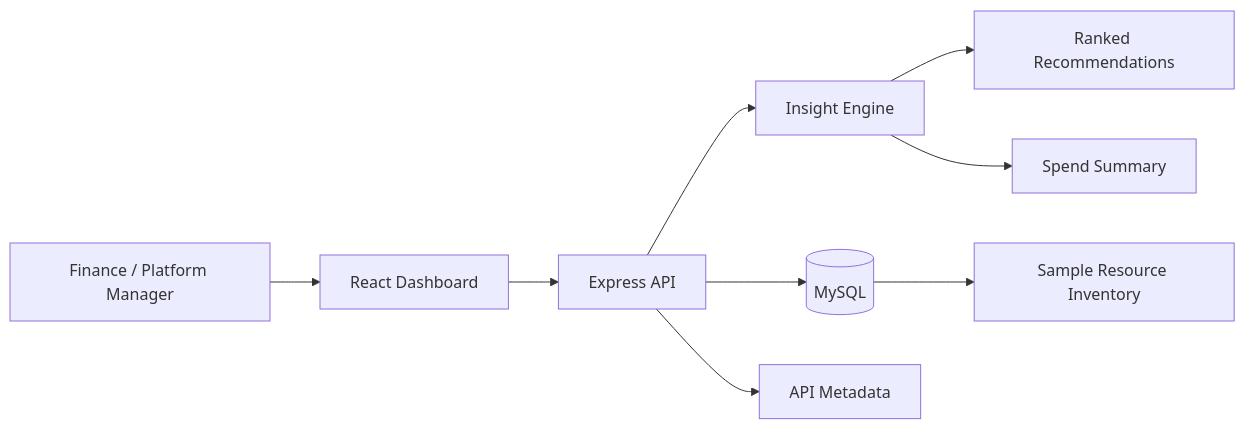
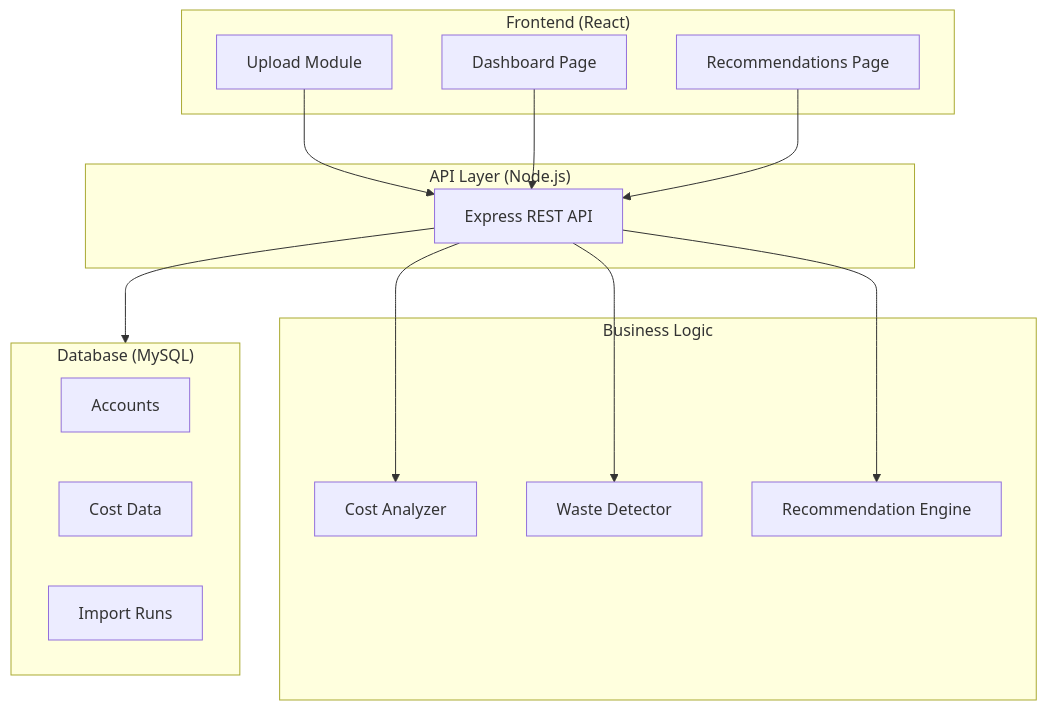
Before and after one commit to JaymeenDevatka/22North: the diagram in docs/solution.md, drawn with Mermaid. The commit also changed other lines of this file and 17 other files, not shown here.

````diff
--- a/docs/solution.md
+++ b/docs/solution.md
@@ -47,11 +76,32 @@
 ```mermaid
-flowchart LR
-  U[Finance / Platform Manager] --> R[React Dashboard]
-  R --> A[Express API]
-  A --> I[Insight Engine]
-  A --> M[(MySQL)]
-  M --> S[Sample Resource Inventory]
-  I --> D[Ranked Recommendations]
-  I --> B[Spend Summary]
-  A --> X[API Metadata]
+flowchart TB
+  subgraph Frontend["Frontend (React)"]
+    U[Upload Module]
+    D[Dashboard Page]
+    R[Recommendations Page]
+  end
+
+  subgraph API["API Layer (Node.js)"]
+    E[Express REST API]
+  end
+
+  subgraph Logic["Business Logic"]
+    CA[Cost Analyzer]
+    WD[Waste Detector]
+    RE[Recommendation Engine]
+  end
+
+  subgraph DB["Database (MySQL)"]
+    A[Accounts]
+    C[Cost Data]
+    I[Import Runs]
+  end
+
+  U --> E
+  D --> E
+  R --> E
+  E --> CA
+  E --> WD
+  E --> RE
+  E --> DB
 ```
````
